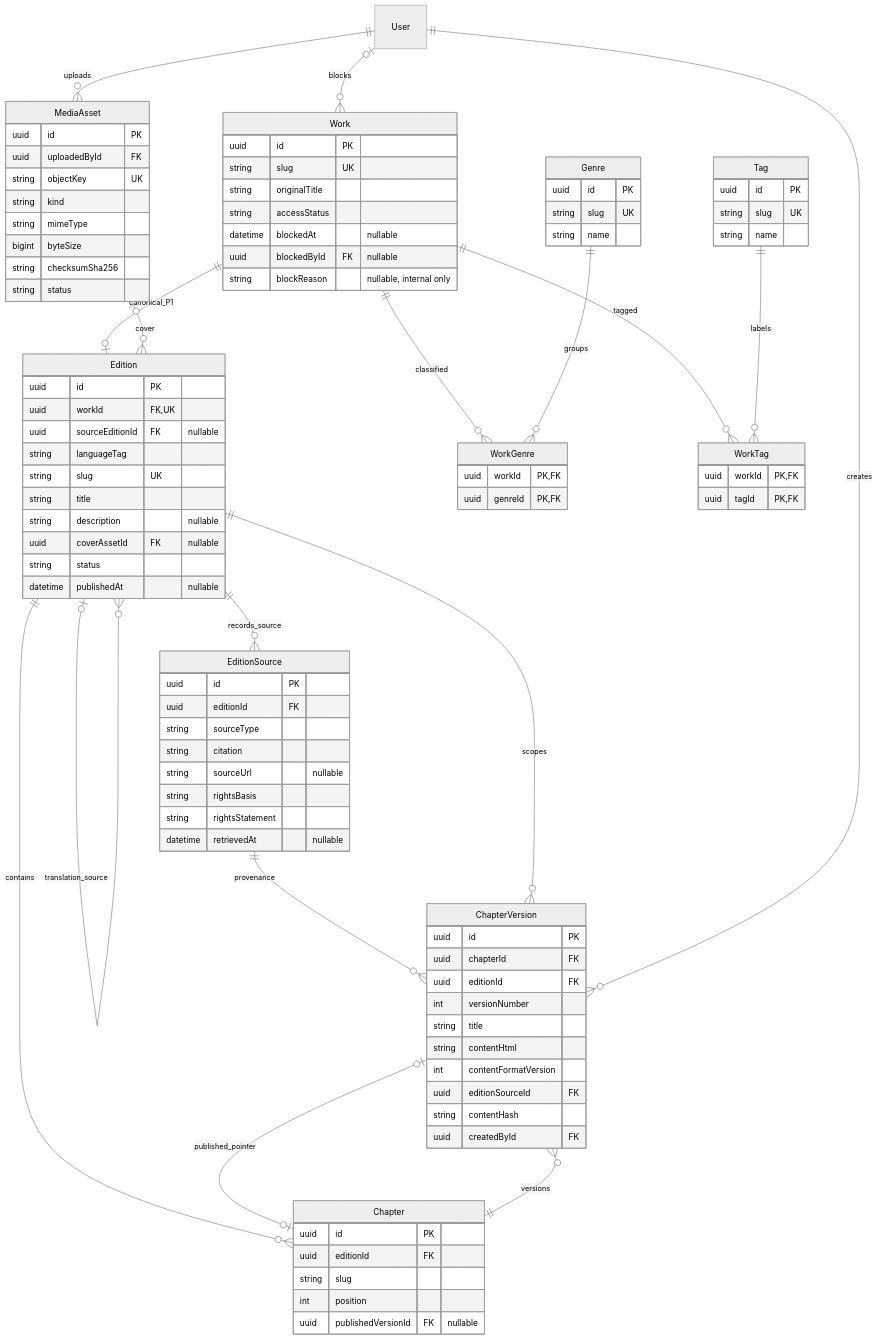
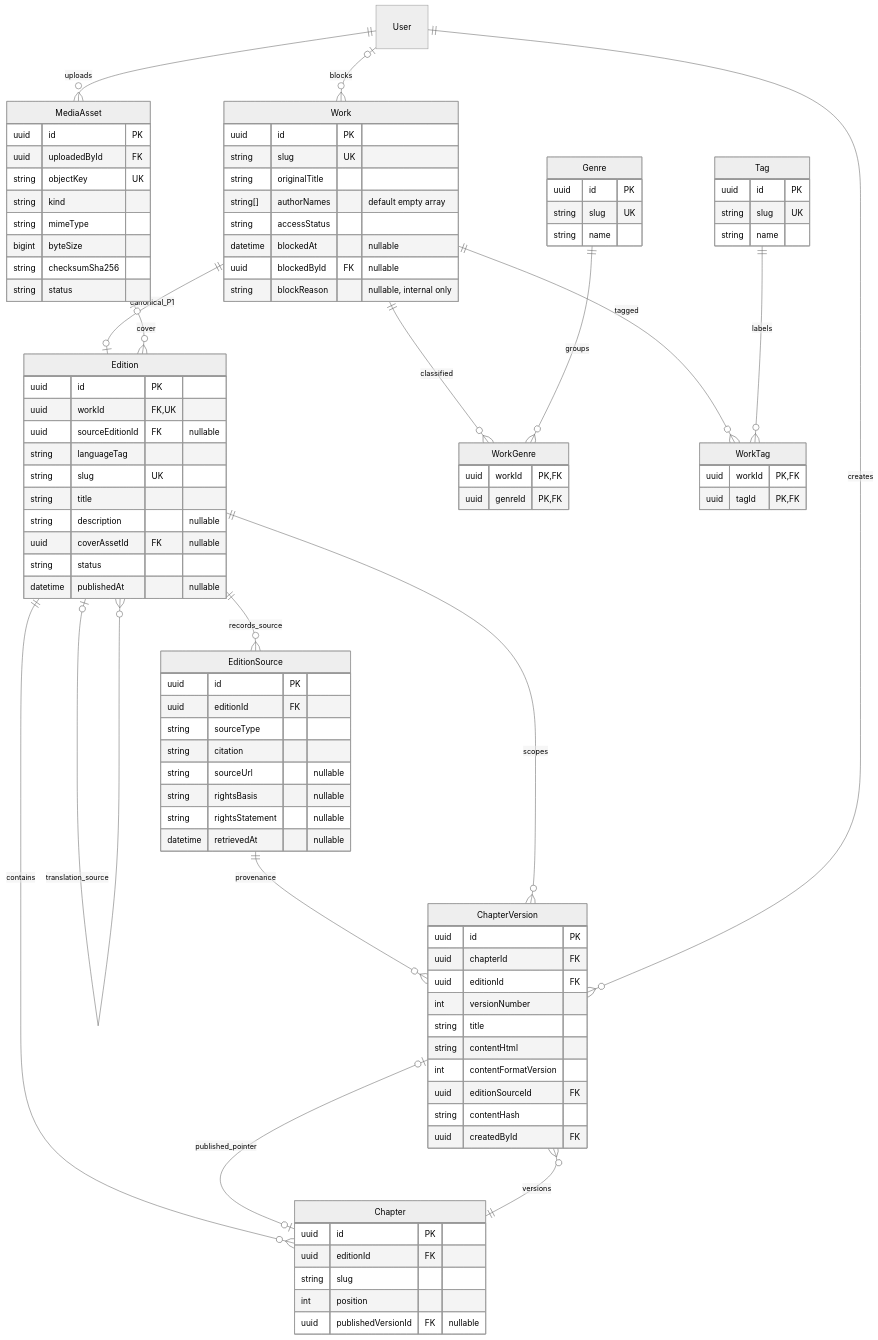
Before and after one commit to logos-x/hiveshelf: the second of 4 diagrams in docs/erd.md, drawn with Mermaid (neutral theme). The commit also changed other lines of this file and 19 other files, not shown here.

```diff
--- a/docs/erd.md
+++ b/docs/erd.md
@@ -203,6 +211,7 @@
         uuid id PK
         string slug UK
         string originalTitle
+        string[] authorNames "default empty array"
         string accessStatus
         datetime blockedAt "nullable"
         uuid blockedById FK "nullable"
@@ -245,8 +254,8 @@
         string sourceType
         string citation
         string sourceUrl "nullable"
-        string rightsBasis
-        string rightsStatement
+        string rightsBasis "nullable"
+        string rightsStatement "nullable"
         datetime retrievedAt "nullable"
     }
     Genre {
```
